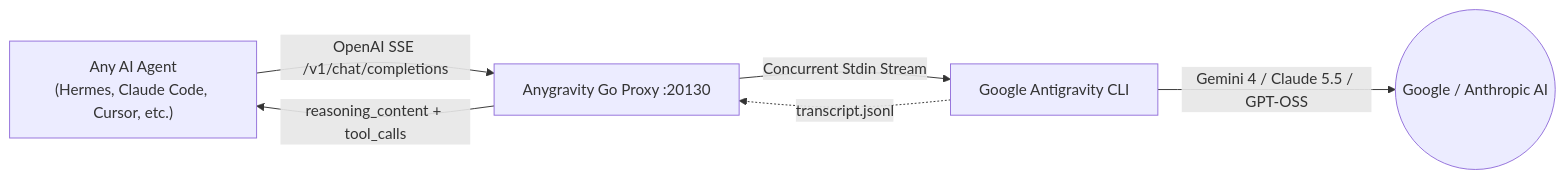
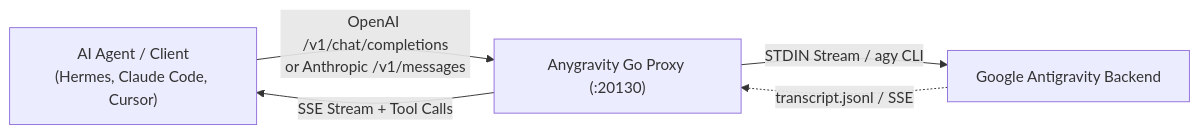
One commit to jocost4/anygravity changed the diagram in README.md. Above: the diagram before and after it, drawn with Mermaid. The commit also changed other lines of this file and 1 other file, not shown here.

Commit message:
docs: overhaul READMEs with Anthropic API, usage endpoint, and remove AI slop

````diff
--- a/README.md
+++ b/README.md
@@ -113,8 +30,7 @@
 ```mermaid
 flowchart LR
-    A["Any AI Agent<br>(Hermes, Claude Code, Cursor, etc.)"] -->|OpenAI SSE /v1/chat/completions| B["Anygravity Go Proxy :20130"]
-    B -->|Concurrent Stdin Stream| C["Google Antigravity CLI"]
-    C -->|Gemini 4 / Claude 5.5 / GPT-OSS| D(("Google / Anthropic AI"))
-    C -.->|transcript.jsonl| B
-    B -->|reasoning_content + tool_calls| A
+    A["AI Agent / Client<br>(Hermes, Claude Code, Cursor)"] -->|OpenAI /v1/chat/completions<br>or Anthropic /v1/messages| B["Anygravity Go Proxy (:20130)"]
+    B -->|STDIN Stream / agy CLI| C["Google Antigravity Backend"]
+    C -.->|transcript.jsonl / SSE| B
+    B -->|SSE Stream + Tool Calls| A
 ```
````
